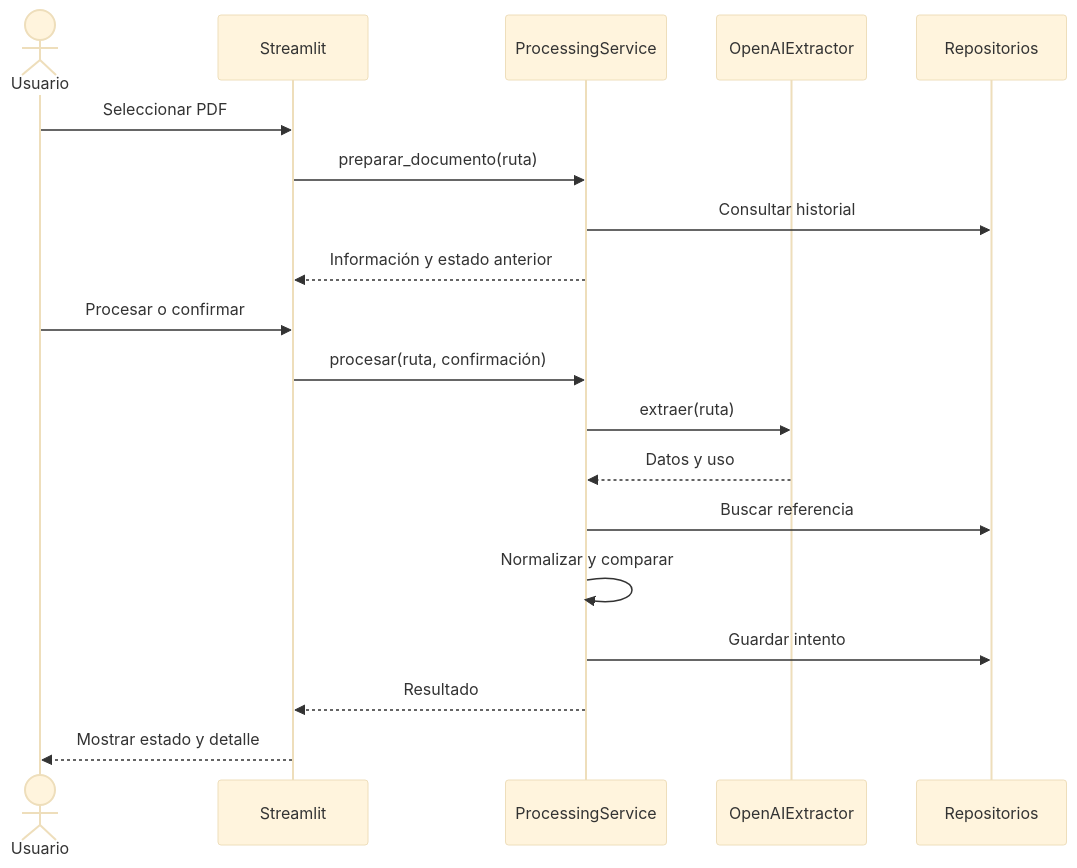
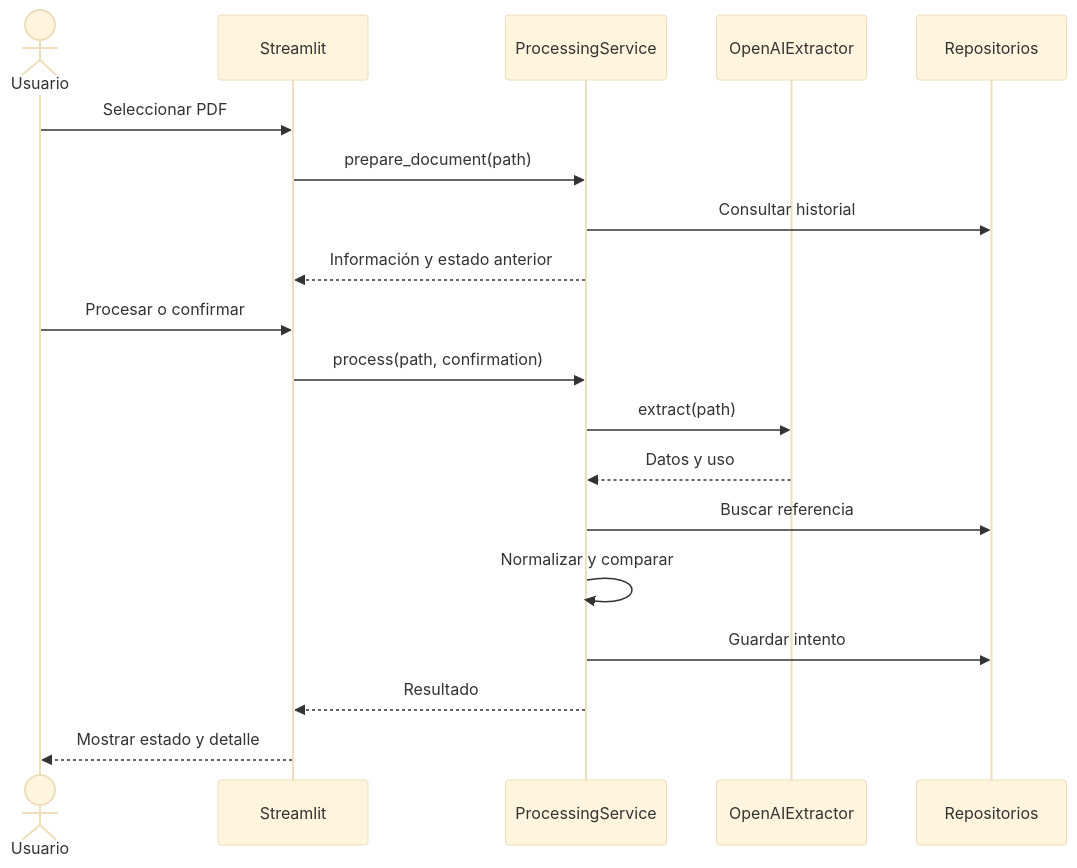
Before and after one commit to jchavesta/validador-albaranes-ia: the third of 4 diagrams in docs/arquitectura.md, drawn with Mermaid (base theme). The commit also changed other lines of this file and 1 other file, not shown here.

````diff
--- a/docs/arquitectura.md
+++ b/docs/arquitectura.md
@@ -521,22 +611,22 @@
 ```mermaid
 sequenceDiagram
     actor U as Usuario
     participant UI as Streamlit
     participant PS as ProcessingService
     participant AI as OpenAIExtractor
     participant RP as Repositorios
 
     U->>UI: Seleccionar PDF
-    UI->>PS: preparar_documento(ruta)
+    UI->>PS: prepare_document(path)
     PS->>RP: Consultar historial
     PS-->>UI: Información y estado anterior
     U->>UI: Procesar o confirmar
-    UI->>PS: procesar(ruta, confirmación)
-    PS->>AI: extraer(ruta)
+    UI->>PS: process(path, confirmation)
+    PS->>AI: extract(path)
     AI-->>PS: Datos y uso
     PS->>RP: Buscar referencia
     PS->>PS: Normalizar y comparar
     PS->>RP: Guardar intento
     PS-->>UI: Resultado
     UI-->>U: Mostrar estado y detalle
 ```
````
